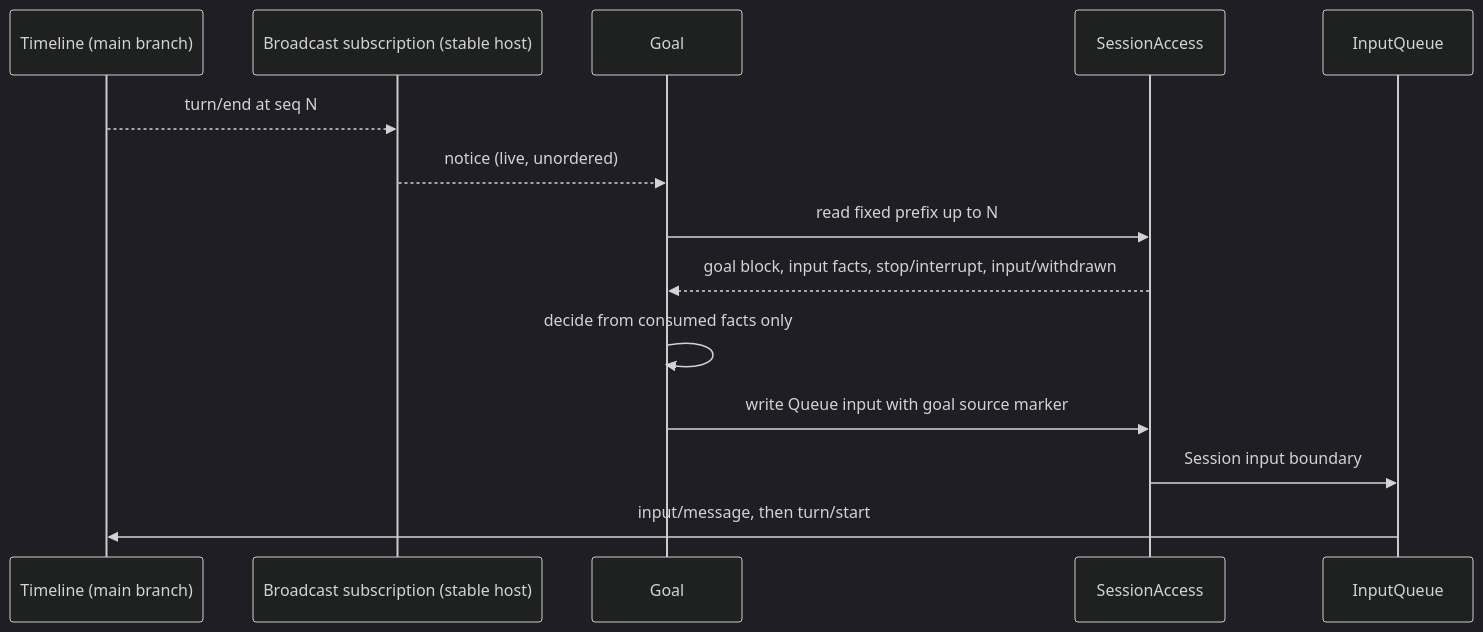
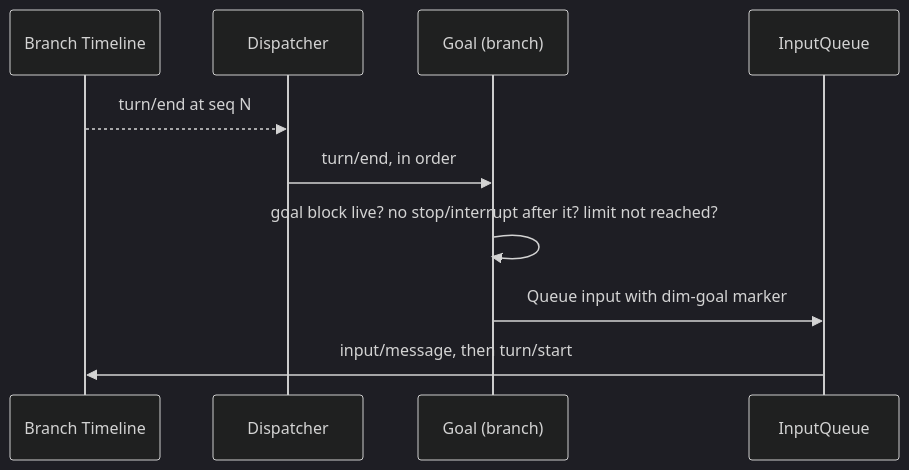
The fourth of 8 diagrams in docs/design/overview.md (CoutinhoTTS/dim-agent), drawn with Mermaid (dark theme) before and after one commit. The commit also changed other lines of this file and 16 other files, not shown here.

````diff
--- a/docs/design/overview.md
+++ b/docs/design/overview.md
@@ -226,16 +193,12 @@
 ```mermaid
 sequenceDiagram
-  participant TL as Timeline (main branch)
-  participant SE as Broadcast subscription (stable host)
-  participant G as Goal
-  participant SA as SessionAccess
+  participant TL as Branch Timeline
+  participant D as Dispatcher
+  participant G as Goal (branch)
   participant IQ as InputQueue
-  TL-->>SE: turn/end at seq N
-  SE-->>G: notice (live, unordered)
-  G->>SA: read fixed prefix up to N
-  SA-->>G: goal block, input facts, stop/interrupt, input/withdrawn
-  G->>G: decide from consumed facts only
-  G->>SA: write Queue input with goal source marker
-  SA->>IQ: Session input boundary
+  TL-->>D: turn/end at seq N
+  D->>G: turn/end, in order
+  G->>G: goal block live? no stop/interrupt after it? limit not reached?
+  G->>IQ: Queue input with dim-goal marker
   IQ->>TL: input/message, then turn/start
 ```
````
